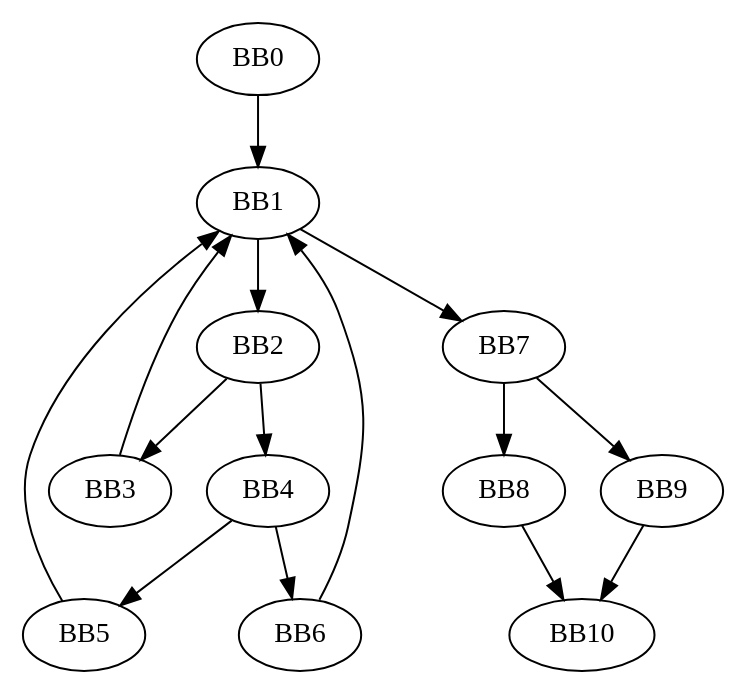
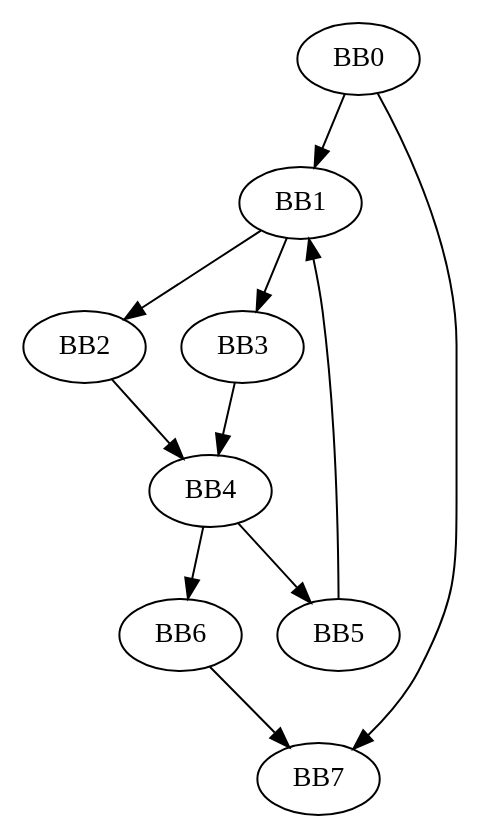
The diagram in jac/examples/gins_scripts/cfg.gv (Jaseci-Labs/jaseci), drawn with Graphviz before and after one commit. The commit also changed 7 other files, not shown here.

```diff
--- a/jac/examples/gins_scripts/cfg.gv
+++ b/jac/examples/gins_scripts/cfg.gv
@@ -1,28 +1,21 @@
 // Control Flow Graph
 digraph {
 	bb0 [label=BB0]
 	bb1 [label=BB1]
 	bb2 [label=BB2]
 	bb3 [label=BB3]
 	bb4 [label=BB4]
 	bb5 [label=BB5]
 	bb6 [label=BB6]
 	bb7 [label=BB7]
-	bb8 [label=BB8]
-	bb9 [label=BB9]
-	bb10 [label=BB10]
+	bb0 -> bb7
 	bb0 -> bb1
+	bb1 -> bb3
 	bb1 -> bb2
-	bb1 -> bb7
 	bb2 -> bb4
-	bb2 -> bb3
-	bb3 -> bb1
+	bb3 -> bb4
 	bb4 -> bb6
 	bb4 -> bb5
 	bb5 -> bb1
-	bb6 -> bb1
-	bb7 -> bb9
-	bb7 -> bb8
-	bb8 -> bb10
-	bb9 -> bb10
+	bb6 -> bb7
 }
```
